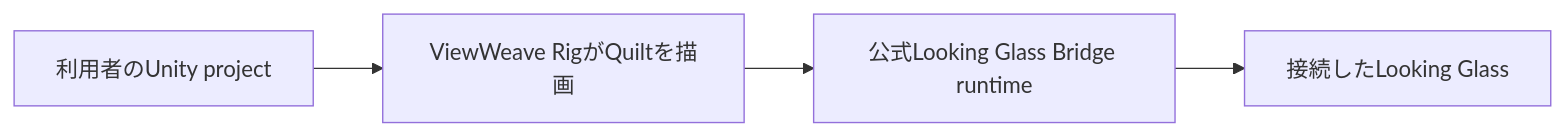
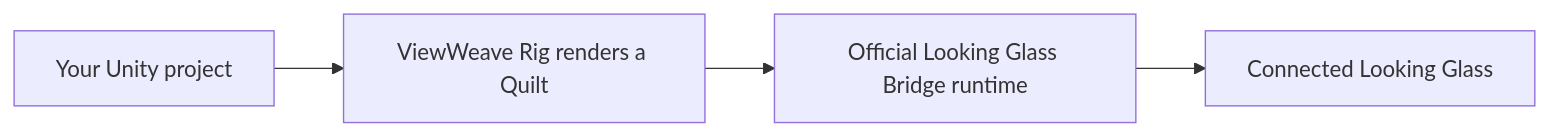
The diagram in README.md (zabaglione/ViewWeave), drawn with Mermaid before and after one commit. The commit also changed other lines of this file and 68 other files, not shown here.

````diff
--- a/README.md
+++ b/README.md
@@ -15,6 +17,6 @@
 ```mermaid
 flowchart LR
-    Project["利用者のUnity project"] --> Rig["ViewWeave RigがQuiltを描画"]
-    Rig --> Bridge["公式Looking Glass Bridge runtime"]
-    Bridge --> Display["接続したLooking Glass"]
+    Project["Your Unity project"] --> Rig["ViewWeave Rig renders a Quilt"]
+    Rig --> Bridge["Official Looking Glass Bridge runtime"]
+    Bridge --> Display["Connected Looking Glass"]
 ```
````
